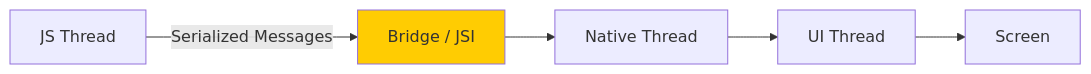
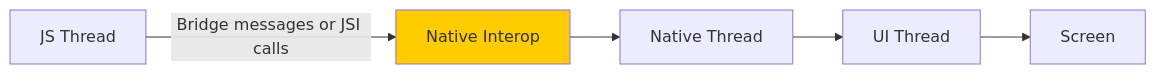
Before and after one commit to OneUptime/blog: the first of 3 diagrams in posts/2026-02-20-react-native-performance-guide/README.md, drawn with Mermaid. The commit also changed other lines of this file and 2 other files, not shown here.

Commit message:
validate: 2026-02-20-react-native-performance-guide

````diff
--- a/posts/2026-02-20-react-native-performance-guide/README.md
+++ b/posts/2026-02-20-react-native-performance-guide/README.md
@@ -17,9 +17,9 @@
 ```mermaid
 flowchart LR
-    JS["JS Thread"] -->|Serialized Messages| Bridge["Bridge / JSI"]
+    JS["JS Thread"] -->|Bridge messages or JSI calls| Bridge["Native Interop"]
     Bridge --> Native["Native Thread"]
     Native --> UI["UI Thread"]
     UI --> Screen["Screen"]
 
     style Bridge fill:#ffcc02
 ```
````
